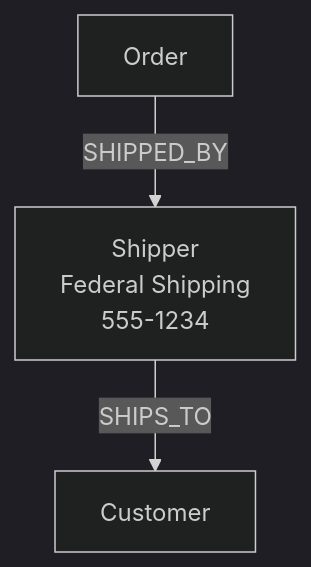
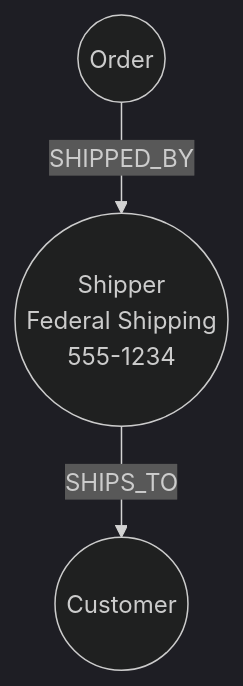
The tenth of 13 diagrams in asciidoc/courses/workshop-importing/modules/2-data-modeling/lessons/7-refactoring/lesson.adoc (neo4j-graphacademy/courses), drawn with Mermaid (dark theme) before and after one commit. The commit also changed other lines of this file and 15 other files, not shown here.

````diff
--- a/asciidoc/courses/workshop-importing/modules/2-data-modeling/lessons/7-refactoring/lesson.adoc
+++ b/asciidoc/courses/workshop-importing/modules/2-data-modeling/lessons/7-refactoring/lesson.adoc
@@ -190,5 +190,5 @@
 ```mermaid
 graph TB
-    A[Order] -->|SHIPPED_BY| C[Shipper<br/>Federal Shipping<br/>555-1234]
-    C -->|SHIPS_TO| B[Customer]
+    A((Order)) -->|SHIPPED_BY| C((Shipper<br/>Federal Shipping<br/>555-1234))
+    C -->|SHIPS_TO| B((Customer))
 ```
````
